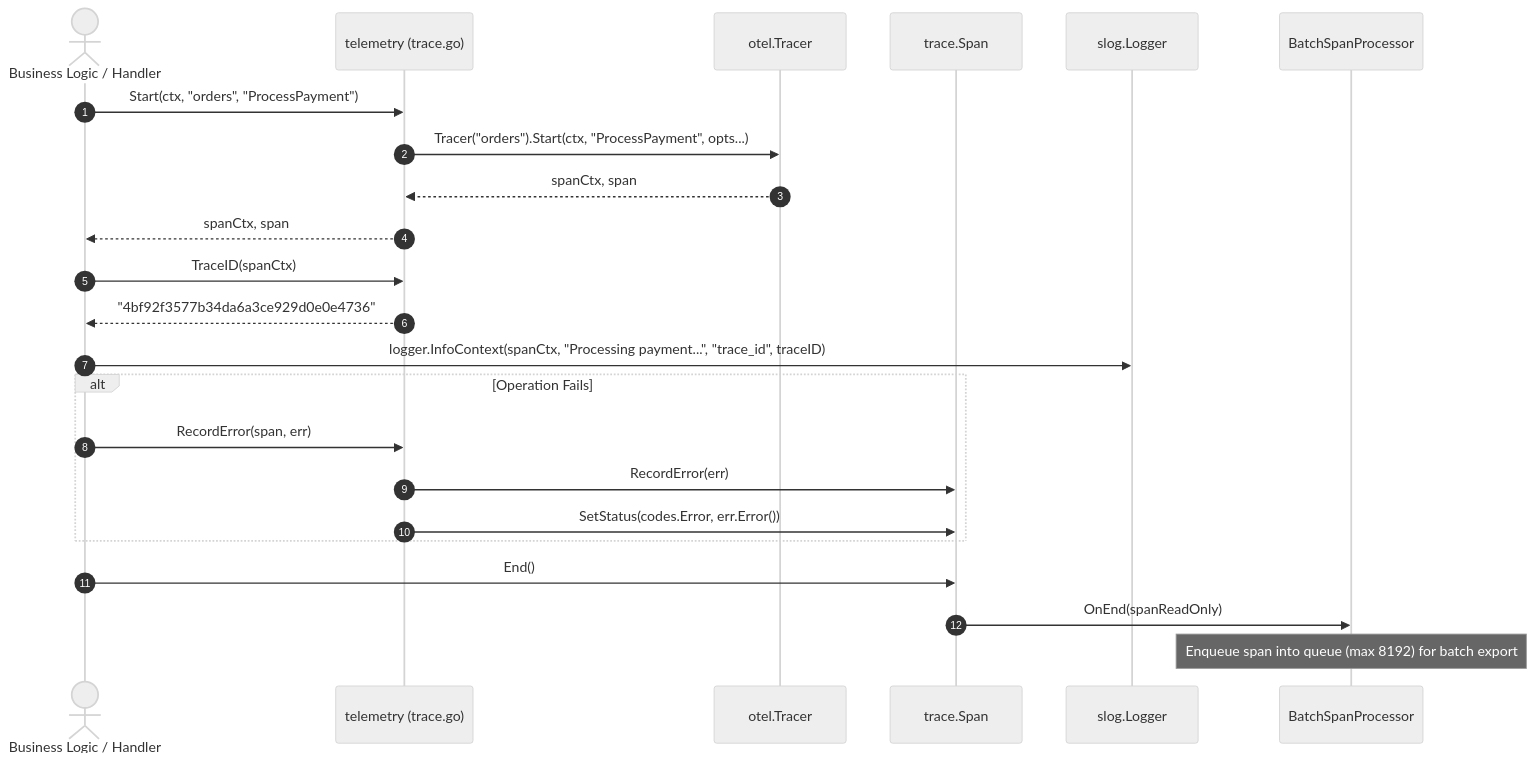
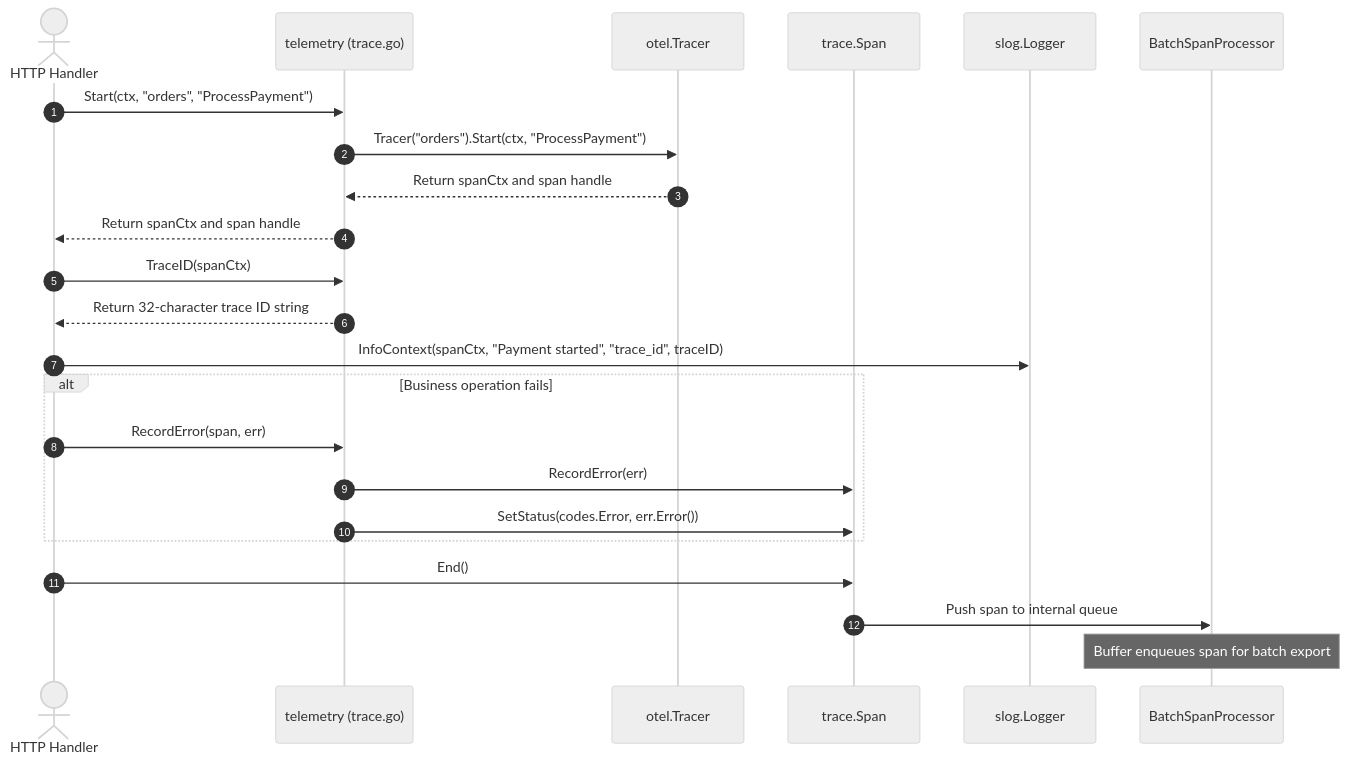
Before and after one commit to Jkenyut/nvx-go-telemetry: the third of 5 diagrams in docs/architecture/sequences.md, drawn with Mermaid (neutral theme). The commit also changed other lines of this file and 14 other files, not shown here.

````diff
--- a/docs/architecture/sequences.md
+++ b/docs/architecture/sequences.md
@@ -140,30 +151,30 @@
 ```mermaid
 sequenceDiagram
     autonumber
-    actor Handler as Business Logic / Handler
+    actor Handler as HTTP Handler
     participant TraceUtil as telemetry (trace.go)
     participant OTelTracer as otel.Tracer
     participant Span as trace.Span
     participant AppLogger as slog.Logger
     participant BSP as BatchSpanProcessor
 
     Handler->>TraceUtil: Start(ctx, "orders", "ProcessPayment")
-    TraceUtil->>OTelTracer: Tracer("orders").Start(ctx, "ProcessPayment", opts...)
-    OTelTracer-->>TraceUtil: spanCtx, span
-    TraceUtil-->>Handler: spanCtx, span
+    TraceUtil->>OTelTracer: Tracer("orders").Start(ctx, "ProcessPayment")
+    OTelTracer-->>TraceUtil: Return spanCtx and span handle
+    TraceUtil-->>Handler: Return spanCtx and span handle
 
     Handler->>TraceUtil: TraceID(spanCtx)
-    TraceUtil-->>Handler: "4bf92f3577b34da6a3ce929d0e0e4736"
+    TraceUtil-->>Handler: Return 32-character trace ID string
 
-    Handler->>AppLogger: logger.InfoContext(spanCtx, "Processing payment...", "trace_id", traceID)
+    Handler->>AppLogger: InfoContext(spanCtx, "Payment started", "trace_id", traceID)
 
-    alt Operation Fails
+    alt Business operation fails
         Handler->>TraceUtil: RecordError(span, err)
         TraceUtil->>Span: RecordError(err)
         TraceUtil->>Span: SetStatus(codes.Error, err.Error())
     end
 
     Handler->>Span: End()
-    Span->>BSP: OnEnd(spanReadOnly)
-    Note over BSP: Enqueue span into queue (max 8192) for batch export
+    Span->>BSP: Push span to internal queue
+    Note over BSP: Buffer enqueues span for batch export
 ```
````
